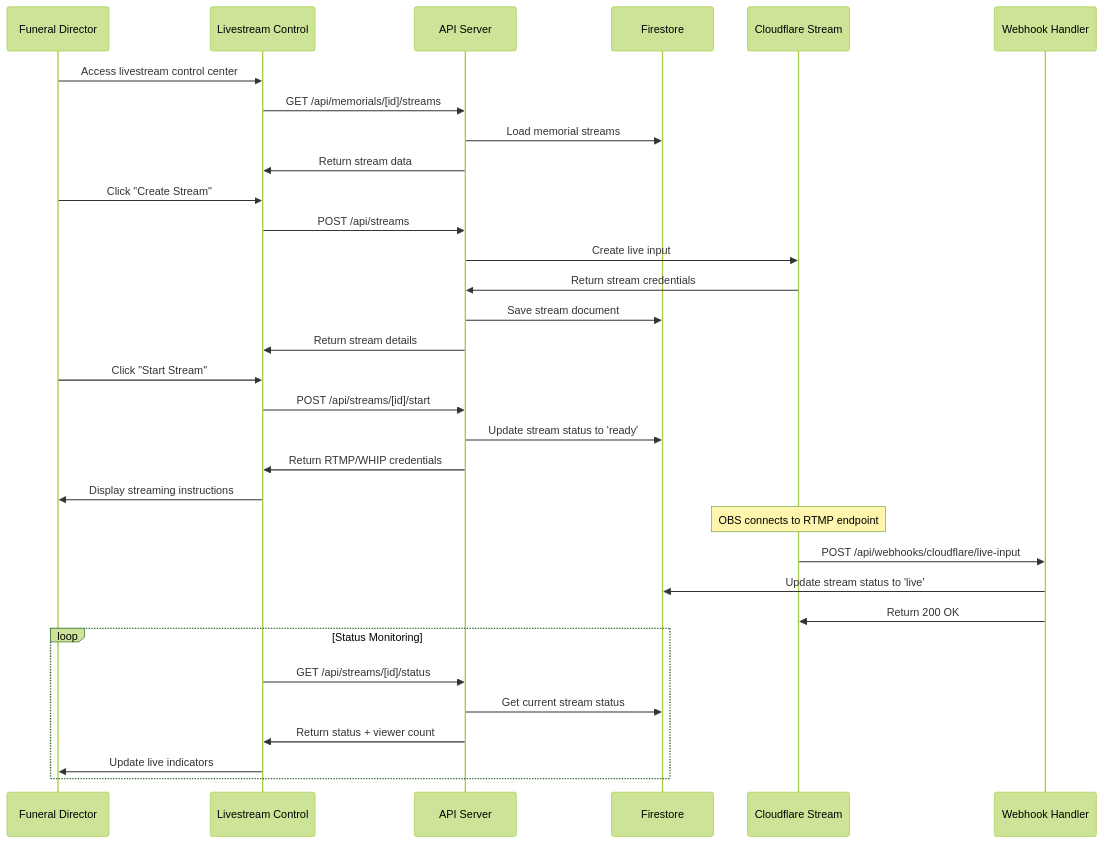
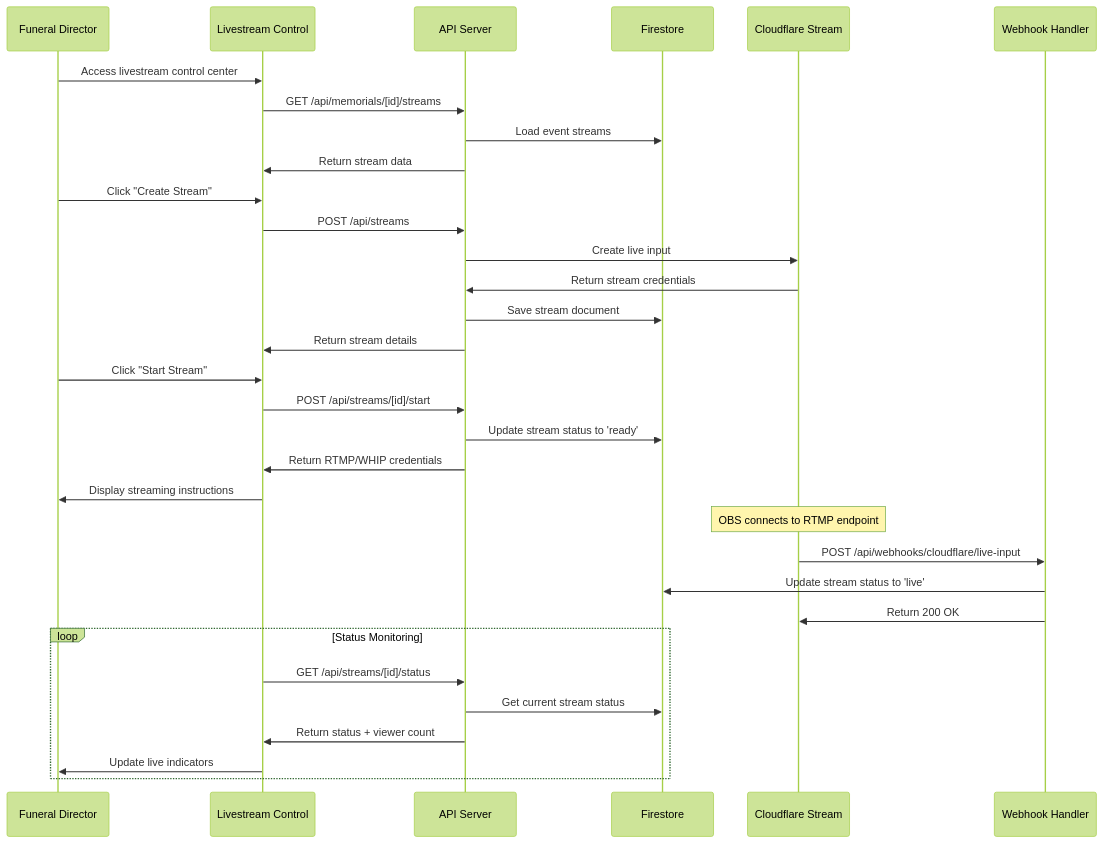
Before and after one commit to TimeMachine1994/081925-SvelteTweb: the fourth of 9 diagrams in Old Docs01/old docsdocs/07-integration-flows.md, drawn with Mermaid (forest theme). The commit also changed other lines of this file and 418 other files, not shown here.

First line of the commit message:
docs: update terminology from "memorial" to "event" across admin documentation

````diff
--- a/Old Docs01/old docsdocs/07-integration-flows.md
+++ b/Old Docs01/old docsdocs/07-integration-flows.md
@@ -95,39 +95,39 @@
 ```mermaid
 sequenceDiagram
     participant FD as Funeral Director
     participant UI as Livestream Control
     participant API as API Server
     participant FS as Firestore
     participant CF as Cloudflare Stream
     participant WH as Webhook Handler
 
     FD->>UI: Access livestream control center
     UI->>API: GET /api/memorials/[id]/streams
-    API->>FS: Load memorial streams
+    API->>FS: Load event streams
     API->>UI: Return stream data
 
     FD->>UI: Click "Create Stream"
     UI->>API: POST /api/streams
     API->>CF: Create live input
     CF->>API: Return stream credentials
     API->>FS: Save stream document
     API->>UI: Return stream details
 
     FD->>UI: Click "Start Stream"
     UI->>API: POST /api/streams/[id]/start
     API->>FS: Update stream status to 'ready'
     API->>UI: Return RTMP/WHIP credentials
     UI->>FD: Display streaming instructions
 
     Note over CF: OBS connects to RTMP endpoint
     CF->>WH: POST /api/webhooks/cloudflare/live-input
     WH->>FS: Update stream status to 'live'
     WH->>CF: Return 200 OK
 
     loop Status Monitoring
         UI->>API: GET /api/streams/[id]/status
         API->>FS: Get current stream status
         API->>UI: Return status + viewer count
         UI->>FD: Update live indicators
     end
 ```
````
